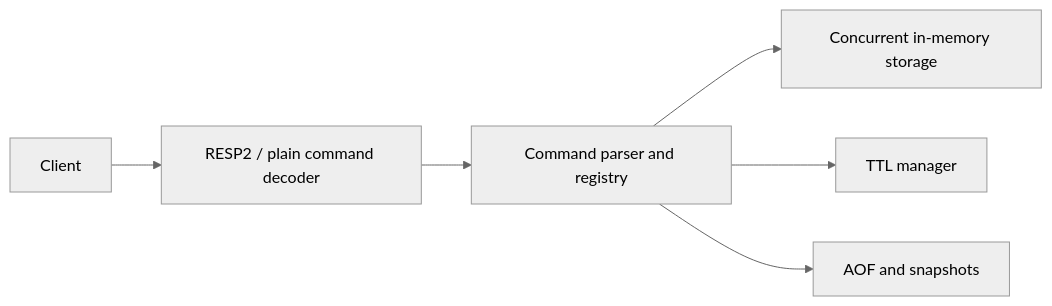
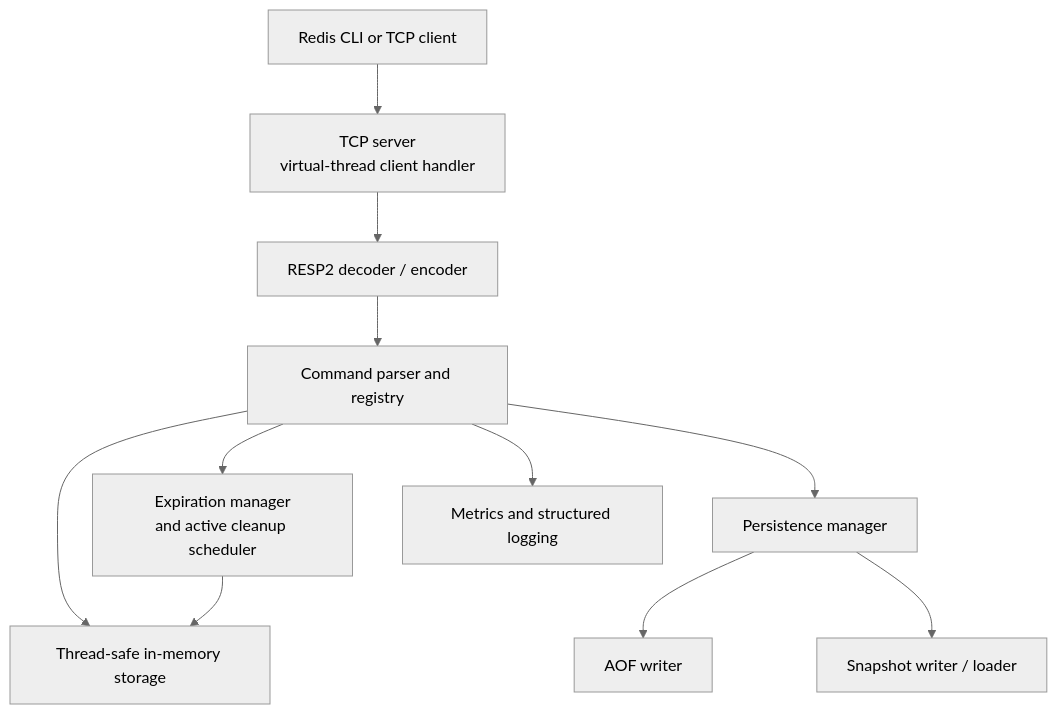
Before and after one commit to yashrajagawane/MyRedis: the diagram in README.md, drawn with Mermaid (neutral theme). The commit also changed other lines of this file, not shown here.

````diff
--- a/README.md
+++ b/README.md
@@ -71,8 +128,22 @@
 ```mermaid
-flowchart LR
-    Client --> Protocol[RESP2 / plain command decoder]
-    Protocol --> Commands[Command parser and registry]
-    Commands --> Storage[Concurrent in-memory storage]
-    Commands --> Expiration[TTL manager]
-    Commands --> Persistence[AOF and snapshots]
+flowchart TD
+    Client[Redis CLI or TCP client]
+    Server[TCP server\nvirtual-thread client handler]
+    Protocol[RESP2 decoder / encoder]
+    Commands[Command parser and registry]
+    Storage[Thread-safe in-memory storage]
+    Expiration[Expiration manager\nand active cleanup scheduler]
+    Persistence[Persistence manager]
+    AOF[AOF writer]
+    Snapshot[Snapshot writer / loader]
+    Metrics[Metrics and structured logging]
+
+    Client --> Server --> Protocol --> Commands
+    Commands --> Storage
+    Commands --> Expiration
+    Commands --> Persistence
+    Commands --> Metrics
+    Persistence --> AOF
+    Persistence --> Snapshot
+    Expiration --> Storage
 ```
````
